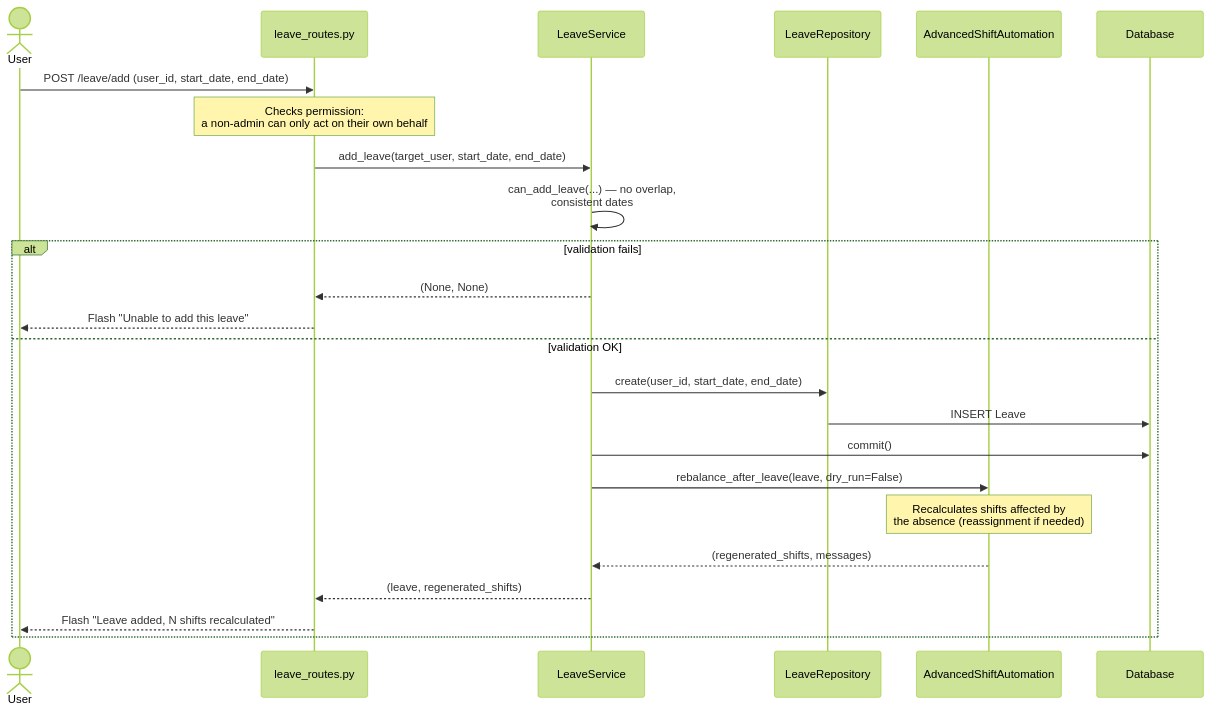
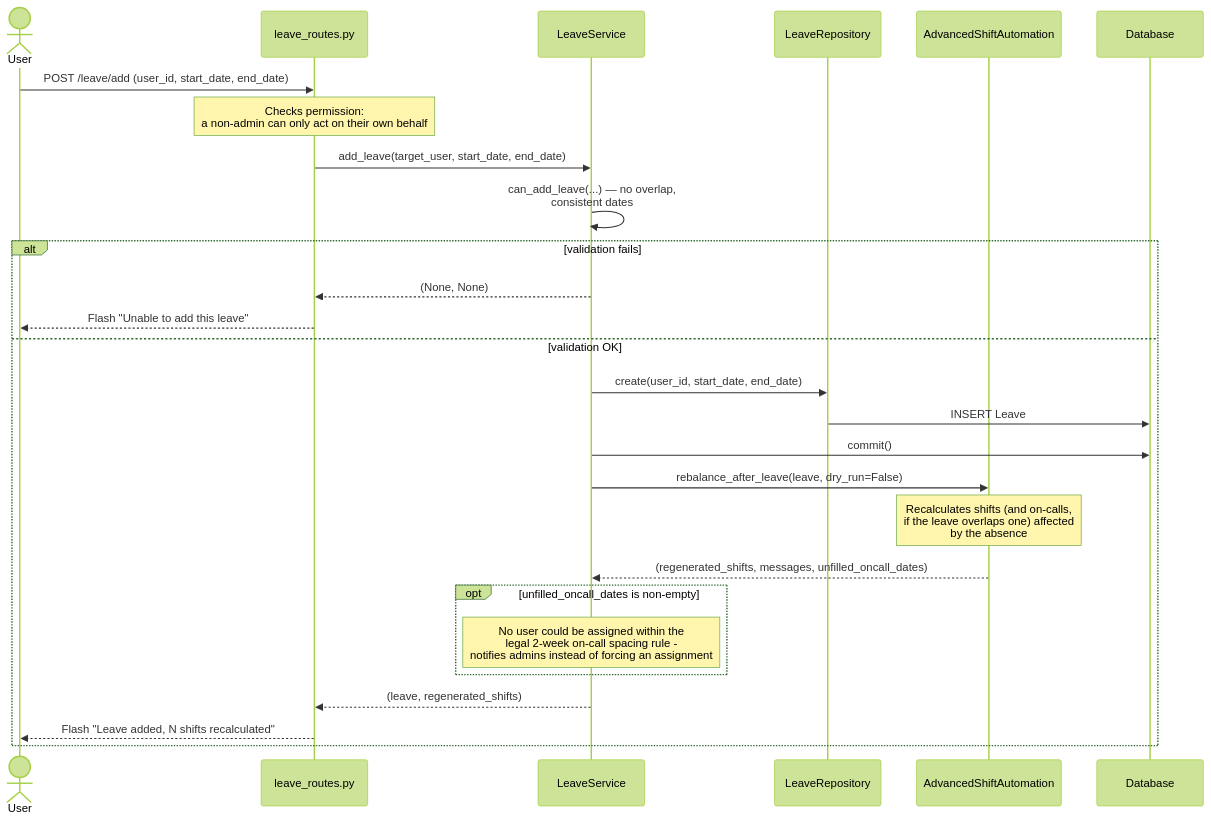
Before and after one commit to FoxOps/kairos: the third of 5 diagrams in Docs/architecture/SEQUENCE_DIAGRAMS.md, drawn with Mermaid (forest theme).

Commit message:
docs: fix leave-rebalancing sequence diagram - stale 2-tuple return value
AdvancedShiftAutomation.rebalance_after_leave() returns a 3-tuple
(regenerated_shifts, messages, unfilled_oncall_dates) since the
oncall/shift business-rules fix (legal 2-week spacing constraint,
admin notification on an unfillable slot) - the diagram still showed
the old 2-tuple predating that change. Other diagrams (OIDC login,
drag-and-drop, ICS export) verified against the real code, no
divergence found.

````diff
--- a/Docs/architecture/SEQUENCE_DIAGRAMS.md
+++ b/Docs/architecture/SEQUENCE_DIAGRAMS.md
@@ -69,27 +69,30 @@
 ```mermaid
 sequenceDiagram
     actor U as User
     participant R as leave_routes.py
     participant LS as LeaveService
     participant LR as LeaveRepository
     participant ASA as AdvancedShiftAutomation
     participant DB as Database
 
     U->>R: POST /leave/add (user_id, start_date, end_date)
     Note over R: Checks permission:<br/>a non-admin can only act on their own behalf
     R->>LS: add_leave(target_user, start_date, end_date)
     LS->>LS: can_add_leave(...) — no overlap,<br/>consistent dates
     alt validation fails
         LS-->>R: (None, None)
         R-->>U: Flash "Unable to add this leave"
     else validation OK
         LS->>LR: create(user_id, start_date, end_date)
         LR->>DB: INSERT Leave
         LS->>DB: commit()
         LS->>ASA: rebalance_after_leave(leave, dry_run=False)
-        Note over ASA: Recalculates shifts affected by<br/>the absence (reassignment if needed)
-        ASA-->>LS: (regenerated_shifts, messages)
+        Note over ASA: Recalculates shifts (and on-calls,<br/>if the leave overlaps one) affected<br/>by the absence
+        ASA-->>LS: (regenerated_shifts, messages, unfilled_oncall_dates)
+        opt unfilled_oncall_dates is non-empty
+            Note over LS: No user could be assigned within the<br/>legal 2-week on-call spacing rule -<br/>notifies admins instead of forcing an assignment
+        end
         LS-->>R: (leave, regenerated_shifts)
         R-->>U: Flash "Leave added, N shifts recalculated"
     end
 ```
````
